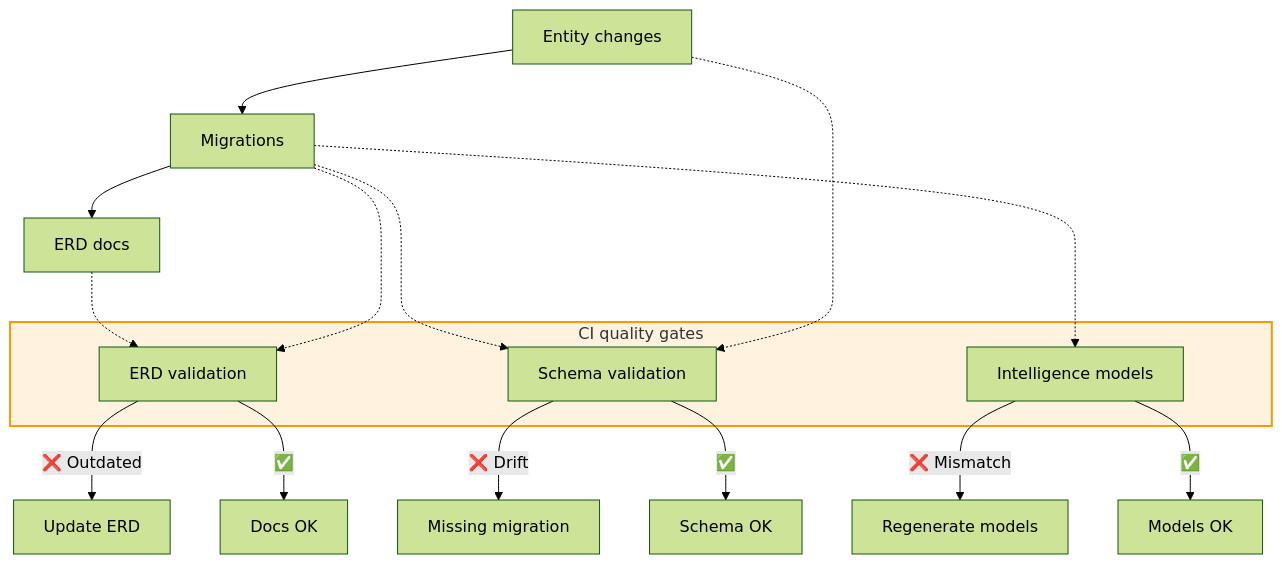
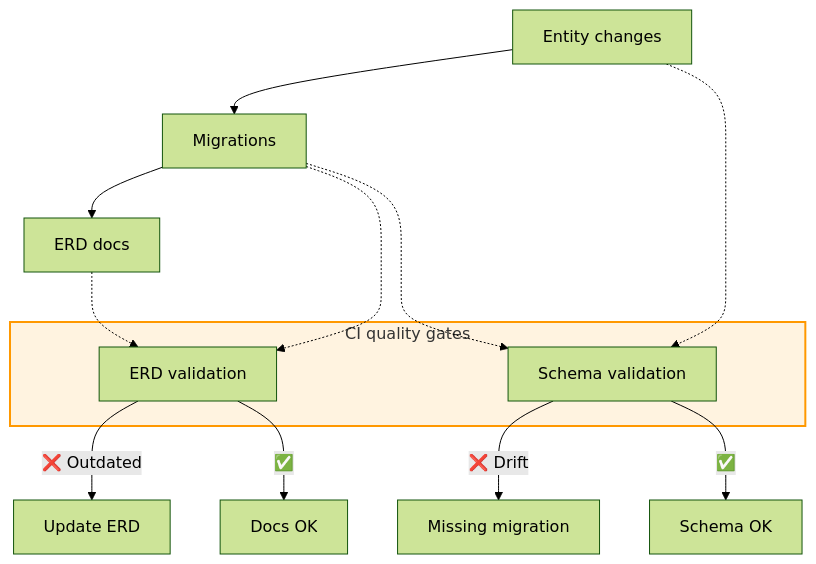
Before and after one commit to ls1intum/Hephaestus: the diagram in docs/contributor/database-migration.mdx, drawn with Mermaid (forest theme). The commit also changed other lines of this file and 470 other files, not shown here.

````diff
--- a/docs/contributor/database-migration.mdx
+++ b/docs/contributor/database-migration.mdx
@@ -93,26 +91,22 @@
 ```mermaid
 flowchart TD
     A[Entity changes] --> B[Migrations]
     B --> C[ERD docs]
 
     subgraph CI [CI quality gates]
         D[Schema validation]
         E[ERD validation]
-        F[Intelligence models]
     end
 
     A -.-> D
     B -.-> D
     B -.-> E
     C -.-> E
-    B -.-> F
 
     D -->|❌ Drift| G[Missing migration]
     D -->|✅| H[Schema OK]
     E -->|❌ Outdated| I[Update ERD]
     E -->|✅| J[Docs OK]
-    F -->|❌ Mismatch| K[Regenerate models]
-    F -->|✅| L[Models OK]
 
     style CI fill:#fff3e0,stroke:#ff9800,stroke-width:2px
 ```
````
